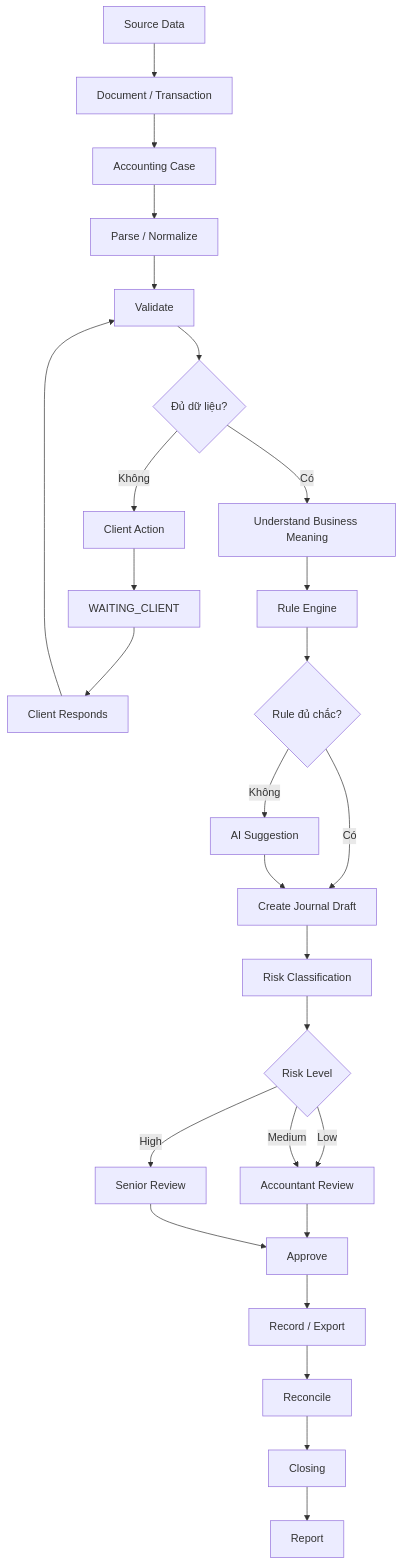
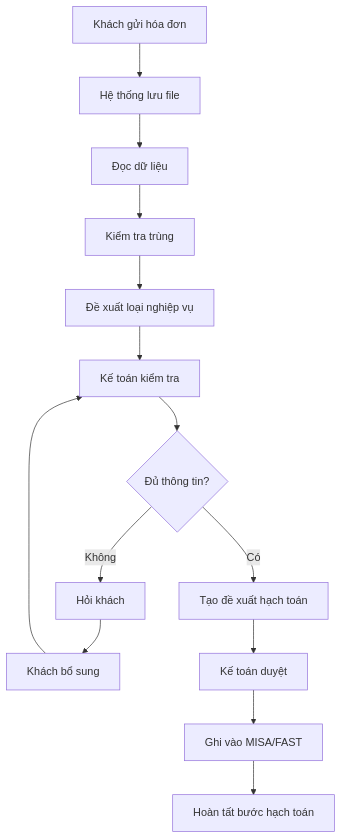
One commit to huynv81/tomtax changed the third of 12 diagrams in tdd.md. Above: the diagram before and after it, drawn with Mermaid. The commit also changed other lines of this file, not shown here.

````diff
--- a/tdd.md
+++ b/tdd.md
@@ -302,36 +336,18 @@
 ```mermaid
 flowchart TD
-    A[Source Data] --> B[Document / Transaction]
-    B --> C[Accounting Case]
-    C --> D[Parse / Normalize]
-    D --> E[Validate]
-    E --> F{Đủ dữ liệu?}
+    A[Khách gửi hóa đơn] --> B[Hệ thống lưu file]
+    B --> C[Đọc dữ liệu]
+    C --> D[Kiểm tra trùng]
+    D --> E[Đề xuất loại nghiệp vụ]
+    E --> F[Kế toán kiểm tra]
+    F --> G{Đủ thông tin?}
 
-    F -->|Không| G[Client Action]
-    G --> H[WAITING_CLIENT]
-    H --> I[Client Responds]
-    I --> E
+    G -->|Không| H[Hỏi khách]
+    H --> I[Khách bổ sung]
+    I --> F
 
-    F -->|Có| J[Understand Business Meaning]
-    J --> K[Rule Engine]
-    K --> L{Rule đủ chắc?}
-
-    L -->|Có| M[Create Journal Draft]
-    L -->|Không| N[AI Suggestion]
-    N --> M
-
-    M --> O[Risk Classification]
-    O --> P{Risk Level}
-
-    P -->|Low| Q[Accountant Review]
-    P -->|Medium| Q
-    P -->|High| R[Senior Review]
-
-    Q --> S[Approve]
-    R --> S
-
-    S --> T[Record / Export]
-    T --> U[Reconcile]
-    U --> V[Closing]
-    V --> W[Report]
+    G -->|Có| J[Tạo đề xuất hạch toán]
+    J --> K[Kế toán duyệt]
+    K --> L[Ghi vào MISA/FAST]
+    L --> M[Hoàn tất bước hạch toán]
 ```
````
